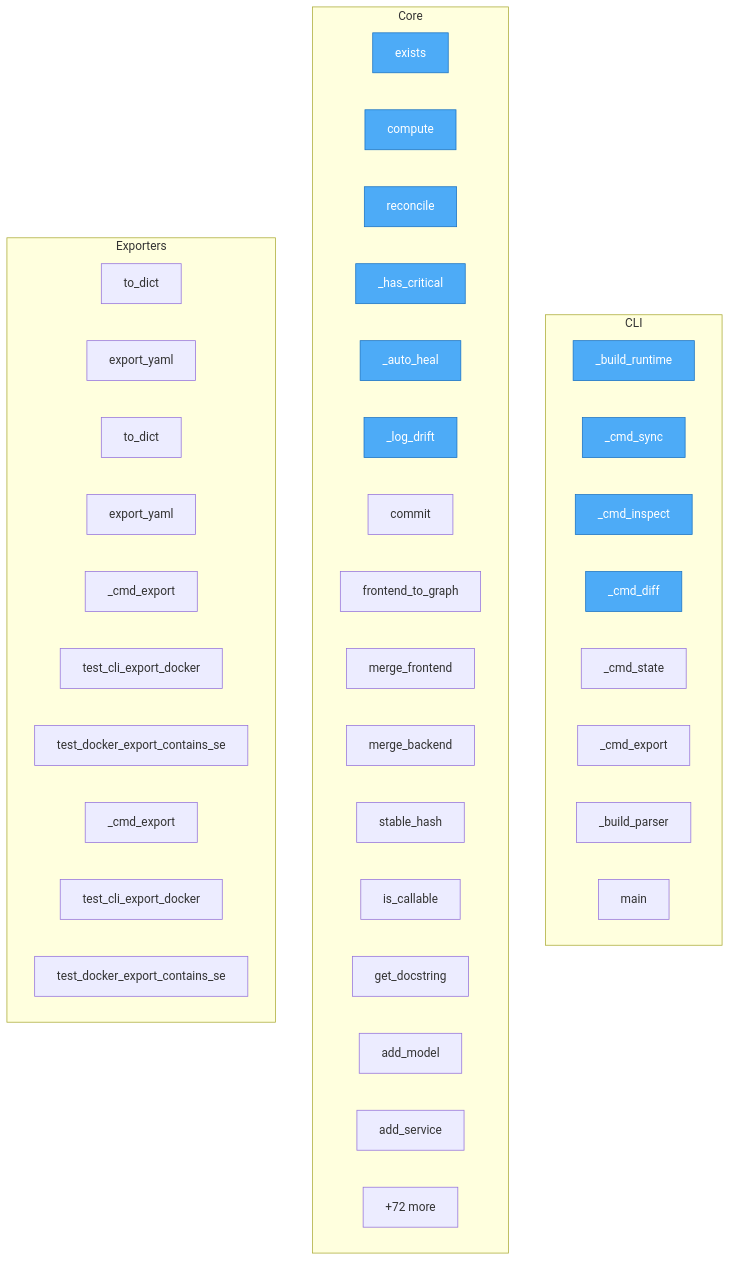
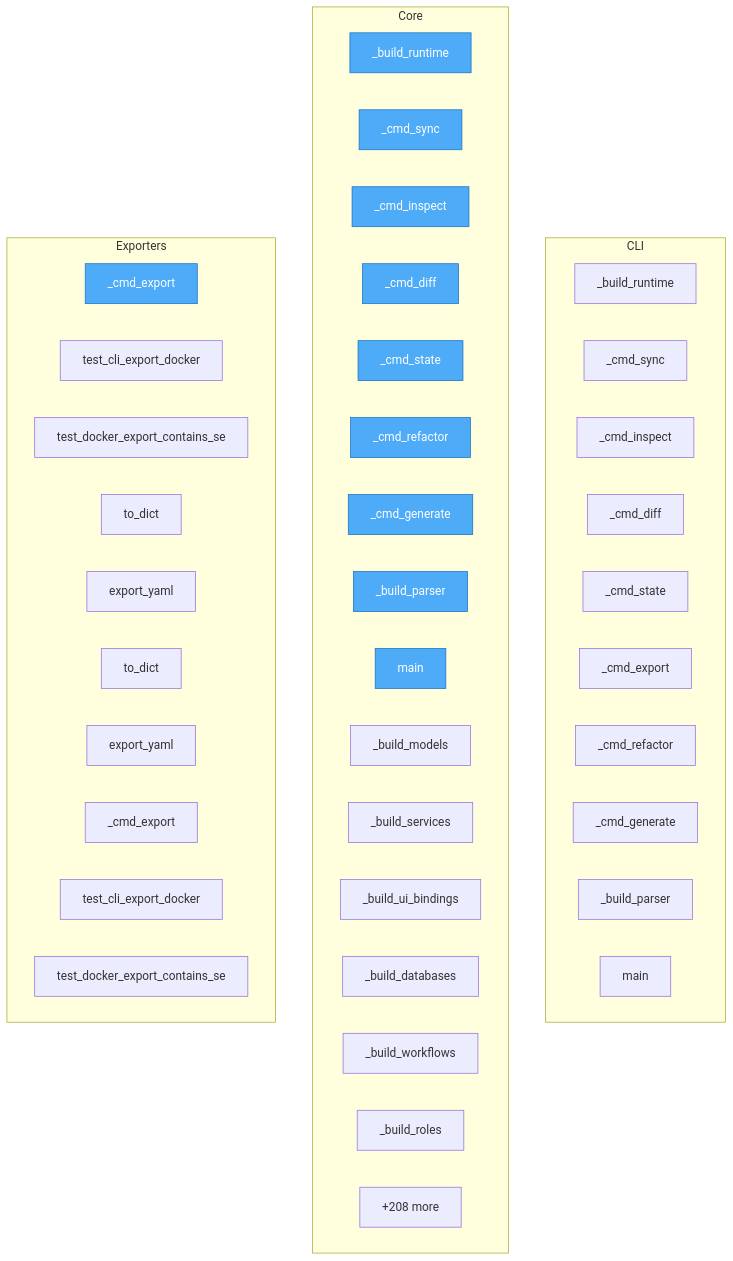
One commit to semcod/swop changed the diagram in project/flow.mmd. Above: the diagram before and after it, drawn with Mermaid. The commit also changed 32 other files, not shown here.

```diff
--- a/project/flow.mmd
+++ b/project/flow.mmd
@@ -1,49 +1,51 @@
 flowchart TD
 
     %% Entry points (blue)
     classDef entry fill:#4dabf7,stroke:#1971c2,color:#fff
 
     subgraph CLI
         swop__cli___build_runtime["_build_runtime"]
         swop__cli___cmd_sync["_cmd_sync"]
         swop__cli___cmd_inspect["_cmd_inspect"]
         swop__cli___cmd_diff["_cmd_diff"]
         swop__cli___cmd_state["_cmd_state"]
         swop__cli___cmd_export["_cmd_export"]
+        swop__cli___cmd_refactor["_cmd_refactor"]
+        swop__cli___cmd_generate["_cmd_generate"]
         swop__cli___build_parser["_build_parser"]
         swop__cli__main["main"]
     end
 
     subgraph Core
-        swop__reconcile__Drift__exists["exists"]
-        swop__reconcile__DriftDetector__compute["compute"]
-        swop__reconcile__ResyncEngine__reconcile["reconcile"]
-        swop__reconcile__ResyncEngine___has_critical["_has_critical"]
-        swop__reconcile__ResyncEngine___auto_heal["_auto_heal"]
-        swop__reconcile__ResyncEngine___log_drift["_log_drift"]
-        swop__versioning__Versioning__commit["commit"]
-        swop__sync__SyncEngine__frontend_to_graph["frontend_to_graph"]
-        swop__sync__SyncEngine__merge_frontend["merge_frontend"]
-        swop__sync__SyncEngine__merge_backend["merge_backend"]
-        swop__utils__stable_hash["stable_hash"]
-        swop__utils__is_callable["is_callable"]
-        swop__utils__get_docstring["get_docstring"]
-        swop__core__SwopRuntime__add_model["add_model"]
-        swop__core__SwopRuntime__add_service["add_service"]
-        ...["+72 more"]
+        project__map__toon___build_runtime["_build_runtime"]
+        project__map__toon___cmd_sync["_cmd_sync"]
+        project__map__toon___cmd_inspect["_cmd_inspect"]
+        project__map__toon___cmd_diff["_cmd_diff"]
+        project__map__toon___cmd_state["_cmd_state"]
+        project__map__toon___cmd_refactor["_cmd_refactor"]
+        project__map__toon___cmd_generate["_cmd_generate"]
+        project__map__toon___build_parser["_build_parser"]
+        project__map__toon__main["main"]
+        project__map__toon___build_models["_build_models"]
+        project__map__toon___build_services["_build_services"]
+        project__map__toon___build_ui_bindings["_build_ui_bindings"]
+        project__map__toon___build_databases["_build_databases"]
+        project__map__toon___build_workflows["_build_workflows"]
+        project__map__toon___build_roles["_build_roles"]
+        ...["+208 more"]
     end
 
     subgraph Exporters
+        project__map__toon___cmd_export["_cmd_export"]
+        project__map__toon__test_cli_export_docker["test_cli_export_docker"]
+        project__map__toon__test_docker_export_contains_services["test_docker_export_contains_se"]
         swop__export__docker__DockerExporter__to_dict["to_dict"]
         swop__export__docker__DockerExporter__export_yaml["export_yaml"]
         swop__export__yaml__StateExporter__to_dict["to_dict"]
         swop__export__yaml__StateExporter__export_yaml["export_yaml"]
         SUMD___cmd_export["_cmd_export"]
         SUMD__test_cli_export_docker["test_cli_export_docker"]
         SUMD__test_docker_export_contains_services["test_docker_export_contains_se"]
-        project__map__toon___cmd_export["_cmd_export"]
-        project__map__toon__test_cli_export_docker["test_cli_export_docker"]
-        project__map__toon__test_docker_export_contains_services["test_docker_export_contains_se"]
     end
 
-    class swop__reconcile__Drift__exists,swop__reconcile__DriftDetector__compute,swop__reconcile__ResyncEngine__reconcile,swop__reconcile__ResyncEngine___has_critical,swop__reconcile__ResyncEngine___auto_heal,swop__reconcile__ResyncEngine___log_drift,swop__cli___build_runtime,swop__cli___cmd_sync,swop__cli___cmd_inspect,swop__cli___cmd_diff entry
+    class project__map__toon___build_runtime,project__map__toon___cmd_sync,project__map__toon___cmd_inspect,project__map__toon___cmd_diff,project__map__toon___cmd_state,project__map__toon___cmd_export,project__map__toon___cmd_refactor,project__map__toon___cmd_generate,project__map__toon___build_parser,project__map__toon__main entry
```
